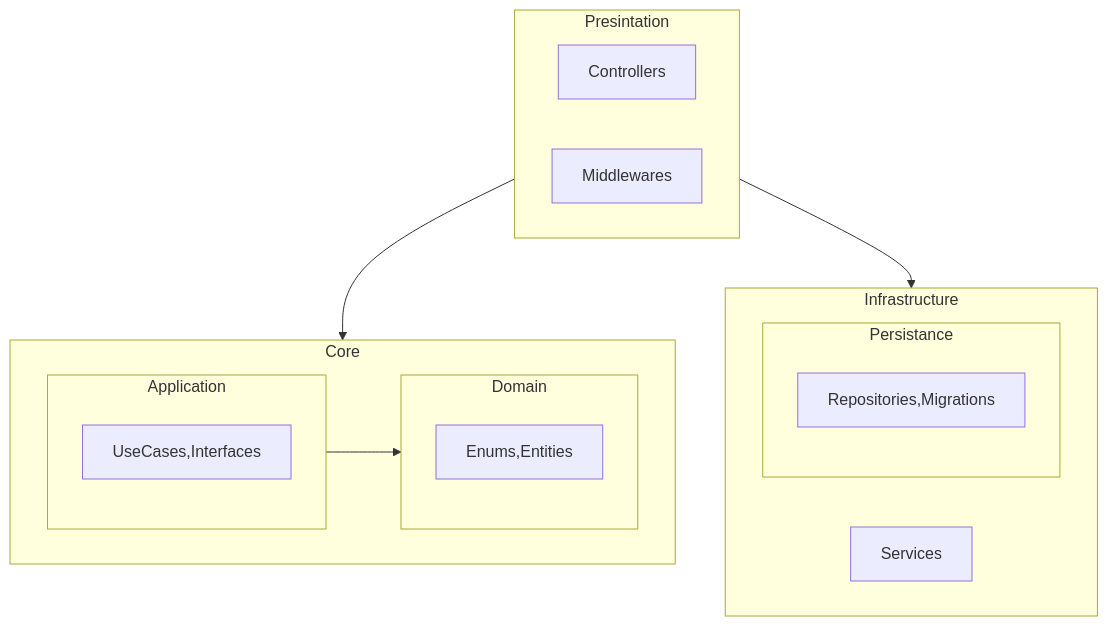
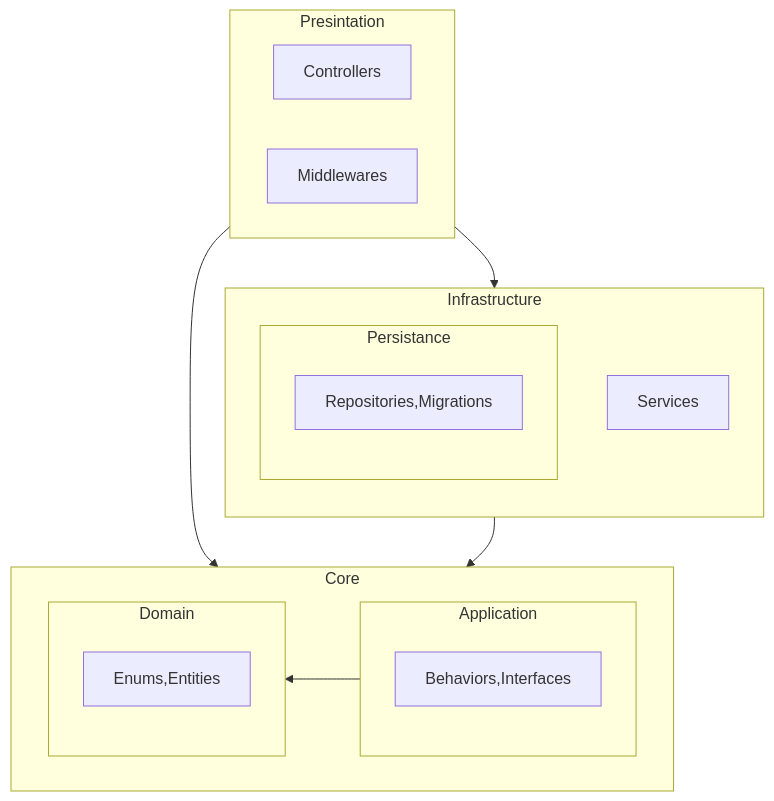
Before and after one commit to deriglazoff/Geolocation: the diagram in README.md, drawn with Mermaid.

Commit message:
Update README.md
fix graph

````diff
--- a/README.md
+++ b/README.md
@@ -1,26 +1,28 @@
 ```mermaid
 graph
-
     Presintation --> Core
     Presintation --> Infrastructure
-
+    Infrastructure --> Core
+    
     subgraph Presintation
         Controllers
         Middlewares
     end
     subgraph Core
+        direction RL
         Application --> Domain
         subgraph Application
-            UseCases,Interfaces
+            Behaviors,Interfaces
         end
         subgraph Domain
             Enums,Entities
         end
     end
     subgraph Infrastructure
+    direction BT
     Services
         subgraph Persistance
         Repositories,Migrations
         end
     end
 ```
````
